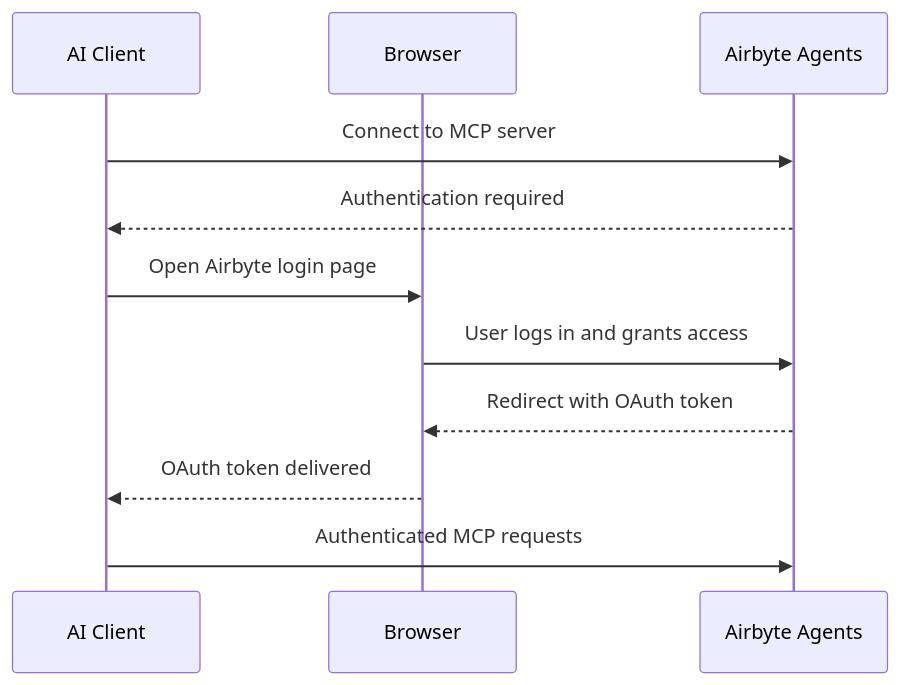
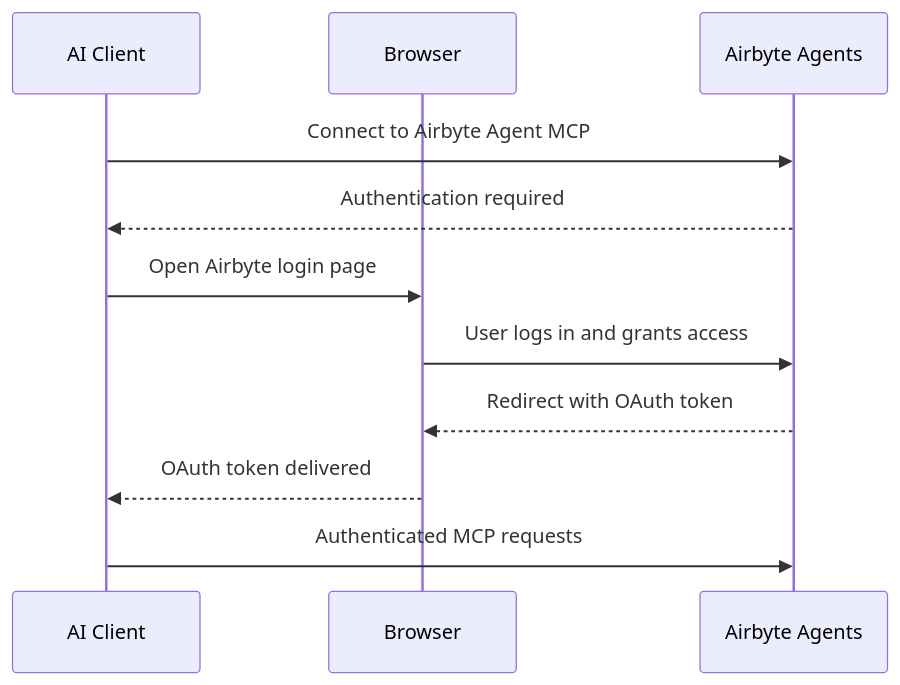
Before and after one commit to airbytehq/airbyte: the first of 2 diagrams in docs/ai-agents/interfaces/mcp/readme.md, drawn with Mermaid. The commit also changed other lines of this file and 18 other files, not shown here.

Commit message:
docs(ai-agents): rename MCP server to Airbyte Agent MCP across ai-agents docs

````diff
--- a/docs/ai-agents/interfaces/mcp/readme.md
+++ b/docs/ai-agents/interfaces/mcp/readme.md
@@ -355,14 +356,14 @@
 ```mermaid
 sequenceDiagram
     participant Client as AI Client
     participant Browser as Browser
     participant Airbyte as Airbyte Agents
 
-    Client->>Airbyte: Connect to MCP server
+    Client->>Airbyte: Connect to Airbyte Agent MCP
     Airbyte-->>Client: Authentication required
     Client->>Browser: Open Airbyte login page
     Browser->>Airbyte: User logs in and grants access
     Airbyte-->>Browser: Redirect with OAuth token
     Browser-->>Client: OAuth token delivered
     Client->>Airbyte: Authenticated MCP requests
 ```
````
